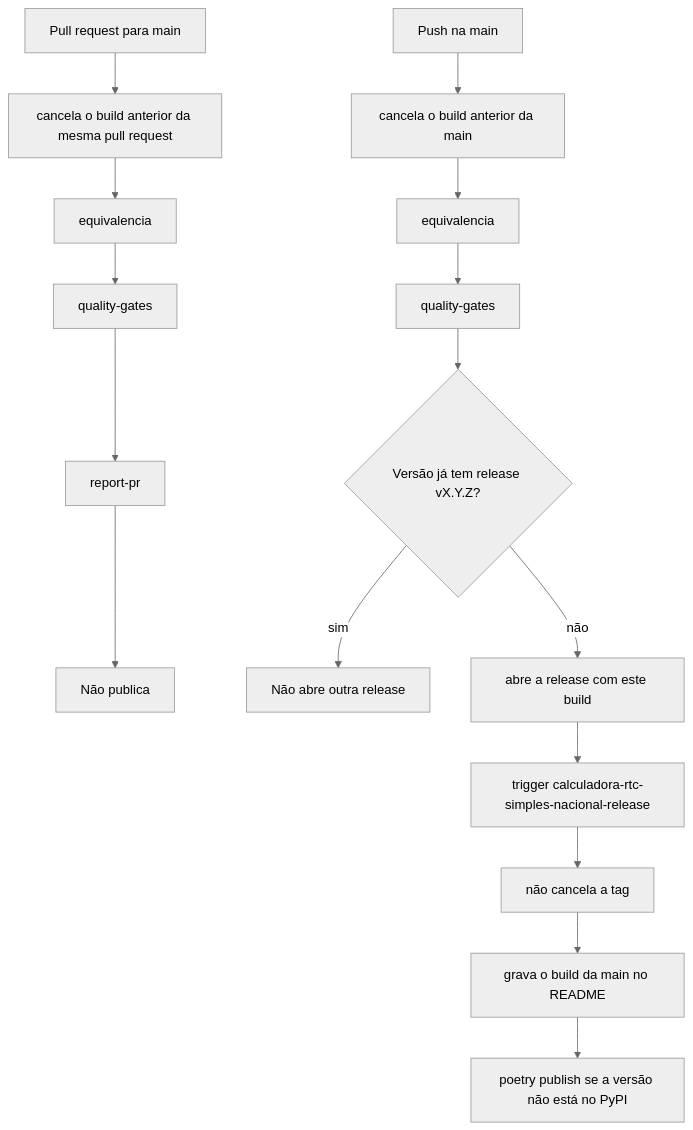
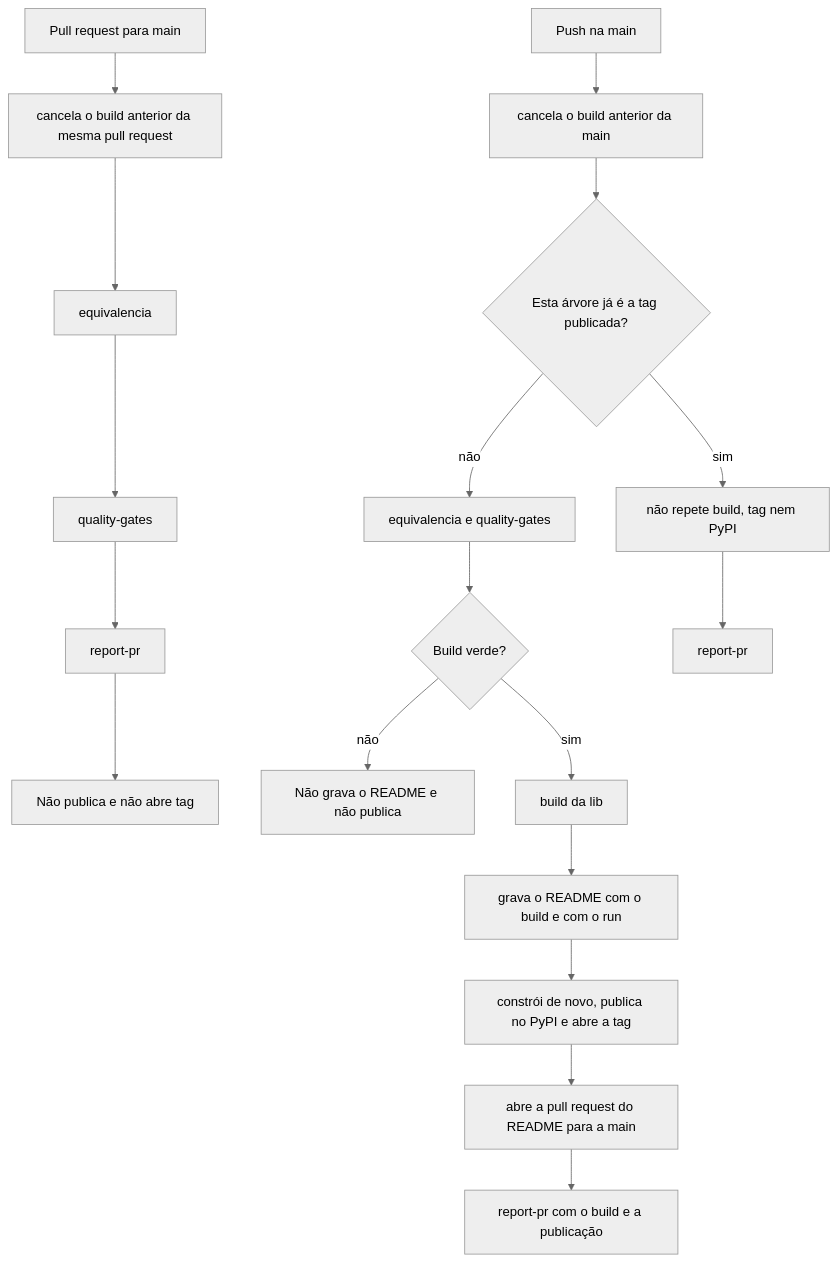
Before and after one commit to garusocruz/calculadora-rtc-simples-nacional: the first of 3 diagrams in docs/publicacao-flow.md, drawn with Mermaid (neutral theme). The commit also changed other lines of this file and 17 other files, not shown here.

First line of the commit message:
fix: a tag e o PyPI saem do mesmo run do quality gate (#7)

````diff
--- a/docs/publicacao-flow.md
+++ b/docs/publicacao-flow.md
@@ -9,18 +9,20 @@
 ```mermaid
 flowchart TD
   pr[Pull request para main] --> cancelaPr[cancela o build anterior da mesma pull request]
   cancelaPr --> equiv[equivalencia]
   equiv --> qg[quality-gates]
-  qg --> comentario[report-pr]
-  comentario --> fimPr[Não publica]
+  qg --> comentarioPr[report-pr]
+  comentarioPr --> fimPr[Não publica e não abre tag]
   merge[Push na main] --> cancelaMain[cancela o build anterior da main]
-  cancelaMain --> equivMain[equivalencia]
-  equivMain --> qgMain[quality-gates]
-  qgMain --> nova{Versão já tem release vX.Y.Z?}
-  nova -->|sim| fimMain[Não abre outra release]
-  nova -->|não| abre[abre a release com este build]
-  abre --> rel[trigger calculadora-rtc-simples-nacional-release]
-  rel --> segue[não cancela a tag]
-  segue --> readme[grava o build da main no README]
-  readme --> pypi[poetry publish se a versão não está no PyPI]
+  cancelaMain --> tipo{Esta árvore já é a tag publicada?}
+  tipo -->|não| suite[equivalencia e quality-gates]
+  suite --> verde{Build verde?}
+  verde -->|não| paraSuite[Não grava o README e não publica]
+  verde -->|sim| build[build da lib]
+  build --> readme[grava o README com o build e com o run]
+  readme --> publica[constrói de novo, publica no PyPI e abre a tag]
+  publica --> prReadme[abre a pull request do README para a main]
+  prReadme --> comentario[report-pr com o build e a publicação]
+  tipo -->|sim| nada[não repete build, tag nem PyPI]
+  nada --> comentarioMerge[report-pr]
 ```
````
